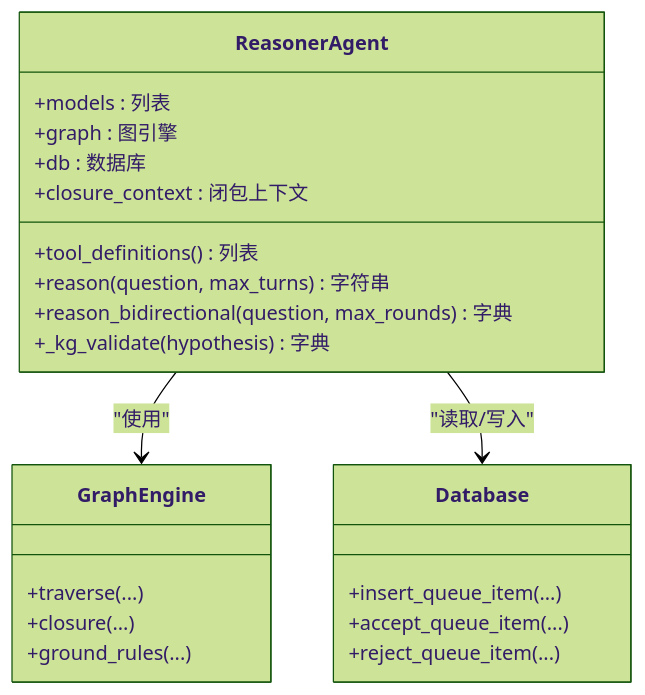
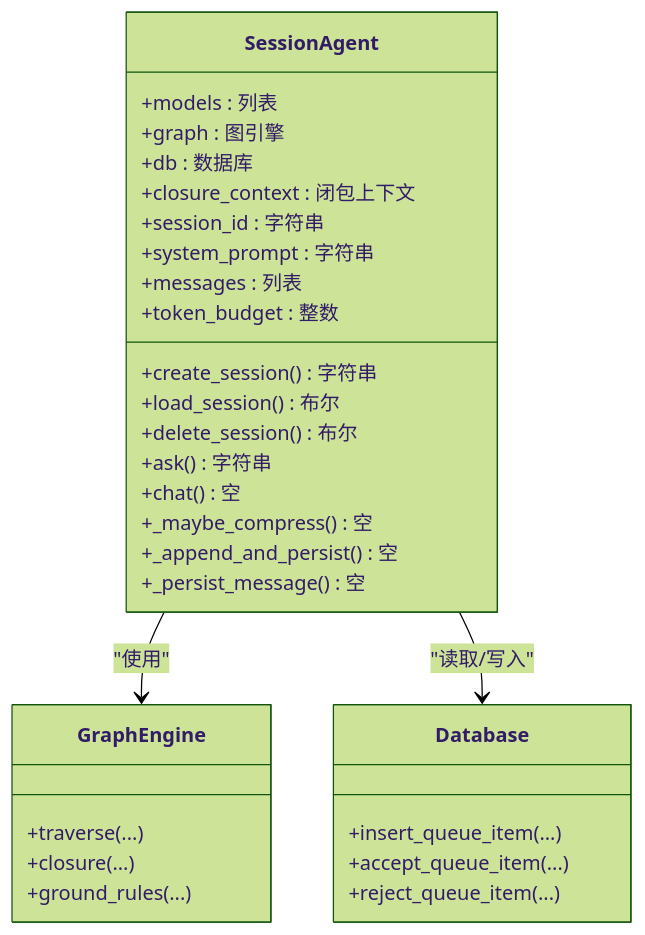
The third of 14 diagrams in .qoder/repowiki/zh/content/核心模块详解/推理引擎模块/推理引擎核心.md (UynajGI/drbrain), drawn with Mermaid (forest theme) before and after one commit. The commit also changed other lines of this file and 6 other files, not shown here.

````diff
--- a/.qoder/repowiki/zh/content/核心模块详解/推理引擎模块/推理引擎核心.md
+++ b/.qoder/repowiki/zh/content/核心模块详解/推理引擎模块/推理引擎核心.md
@@ -191,25 +214,33 @@
 ```mermaid
 classDiagram
-class ReasonerAgent {
+class SessionAgent {
 +models : 列表
 +graph : 图引擎
 +db : 数据库
 +closure_context : 闭包上下文
-+tool_definitions() 列表
-+reason(question, max_turns) 字符串
-+reason_bidirectional(question, max_rounds) 字典
-+_kg_validate(hypothesis) 字典
++session_id : 字符串
++system_prompt : 字符串
++messages : 列表
++token_budget : 整数
++create_session() 字符串
++load_session() 布尔
++delete_session() 布尔
++ask() 字符串
++chat() 空
++_maybe_compress() 空
++_append_and_persist() 空
++_persist_message() 空
 }
 class GraphEngine {
 +traverse(...)
 +closure(...)
 +ground_rules(...)
 }
 class Database {
 +insert_queue_item(...)
 +accept_queue_item(...)
 +reject_queue_item(...)
 }
-ReasonerAgent --> GraphEngine : "使用"
-ReasonerAgent --> Database : "读取/写入"
+SessionAgent --> GraphEngine : "使用"
+SessionAgent --> Database : "读取/写入"
 ```
````
